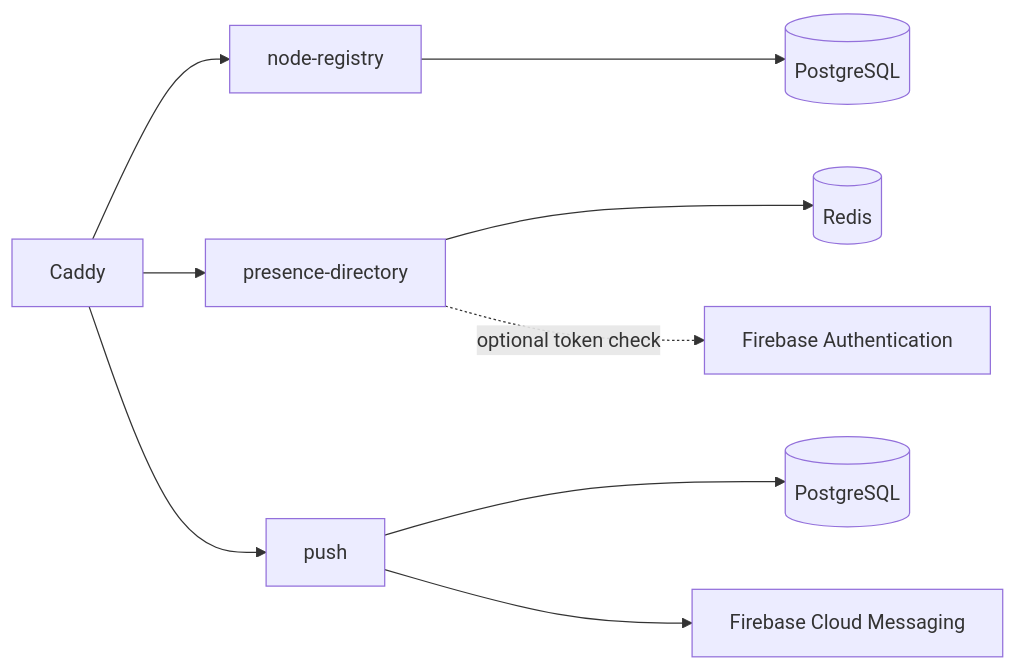
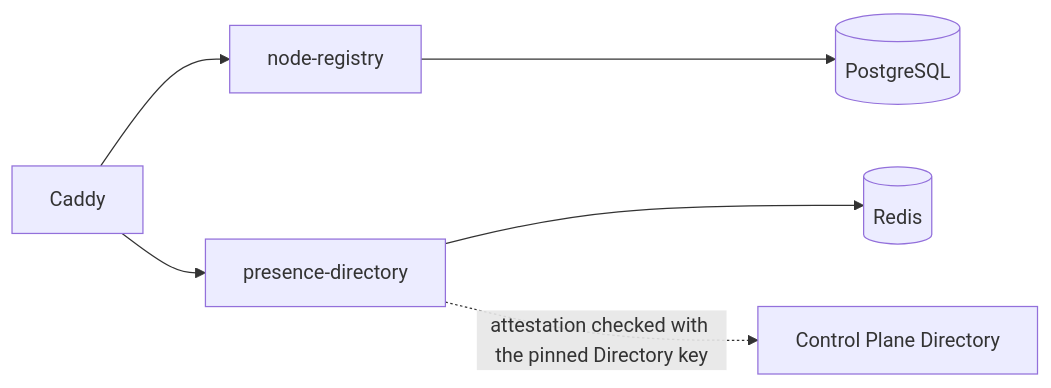
Before and after one commit to cbgm/Sparrow: the diagram in docs/server/control-plane.md, drawn with Mermaid. The commit also changed other lines of this file and 1796 other files, not shown here.

````diff
--- a/docs/server/control-plane.md
+++ b/docs/server/control-plane.md
@@ -9,11 +9,8 @@
 ```mermaid
 flowchart LR
     C[Caddy] --> R[node-registry]
     C --> P[presence-directory]
-    C --> U[push]
     R --> RDB[(PostgreSQL)]
     P --> REDIS[(Redis)]
-    U --> UDB[(PostgreSQL)]
-    U --> FCM[Firebase Cloud Messaging]
-    P -. optional token check .-> FA[Firebase Authentication]
+    P -. attestation checked with the pinned Directory key .-> D[Control Plane Directory]
 ```
````
